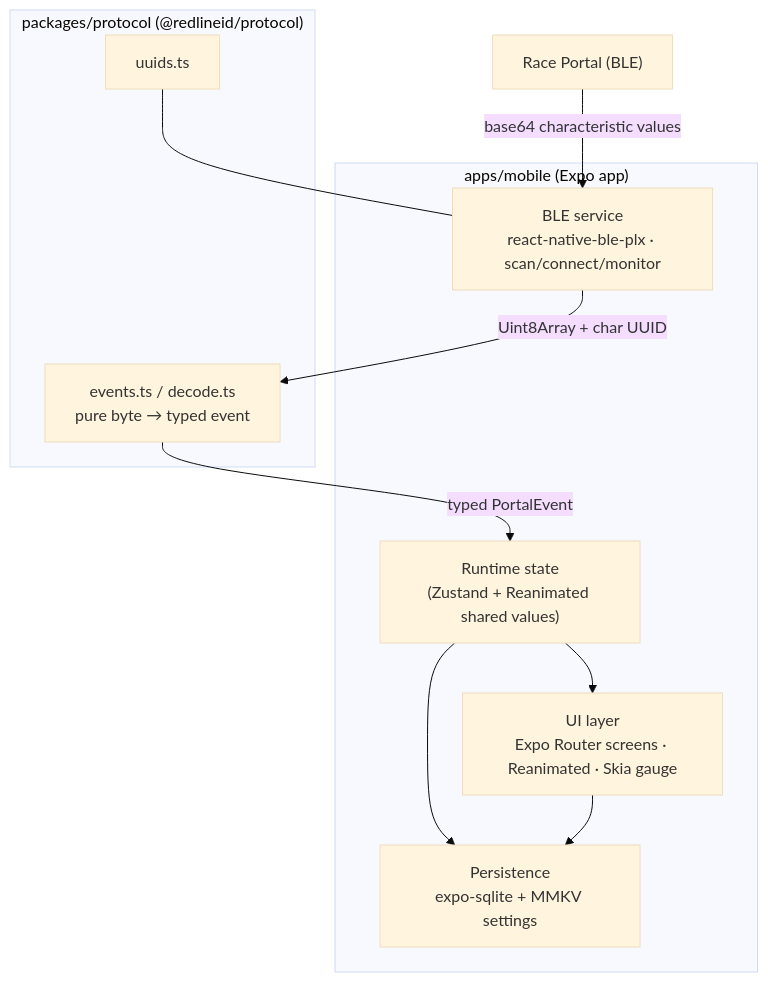
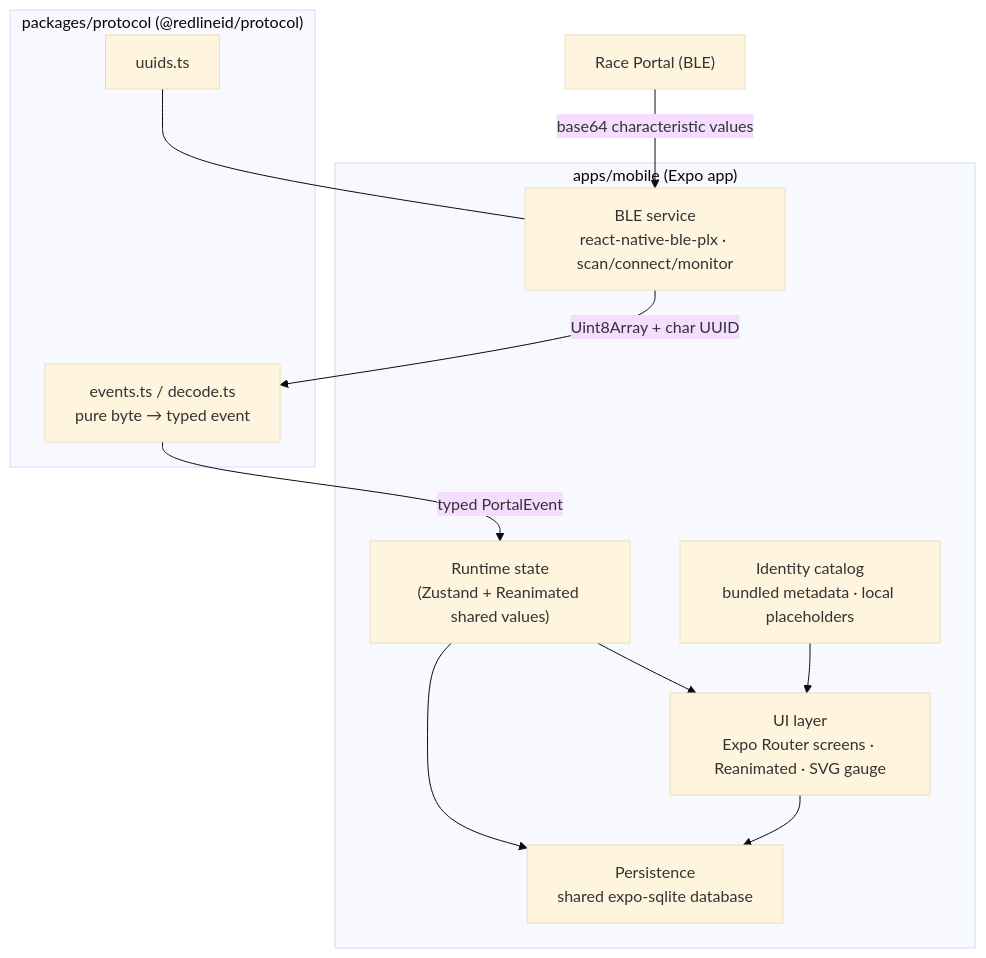
Before and after one commit to burkben/HotWheelsID: the second of 3 diagrams in docs/architecture/README.md, drawn with Mermaid (base theme). The commit also changed other lines of this file and 25 other files, not shown here.

````diff
--- a/docs/architecture/README.md
+++ b/docs/architecture/README.md
@@ -44,24 +47,26 @@
 ```mermaid
 flowchart TB
     subgraph mobile["apps/mobile (Expo app)"]
-        UI["UI layer<br/>Expo Router screens · Reanimated · Skia gauge"]
+        UI["UI layer<br/>Expo Router screens · Reanimated · SVG gauge"]
         Store["Runtime state<br/>(Zustand + Reanimated shared values)"]
         BLE["BLE service<br/>react-native-ble-plx · scan/connect/monitor"]
-        Persist["Persistence<br/>expo-sqlite + MMKV settings"]
+        Persist["Persistence<br/>shared expo-sqlite database"]
+        Catalog["Identity catalog<br/>bundled metadata · local placeholders"]
     end
 
     subgraph pkg["packages/protocol (@redlineid/protocol)"]
         UUIDs["uuids.ts"]
         Parse["events.ts / decode.ts<br/>pure byte → typed event"]
     end
 
     Portal["Race Portal (BLE)"]
 
     Portal -- "base64 characteristic values" --> BLE
     BLE -- "Uint8Array + char UUID" --> Parse
     Parse -- "typed PortalEvent" --> Store
     UUIDs --- BLE
     Store --> UI
     Store --> Persist
     UI --> Persist
+    Catalog --> UI
 ```
````
